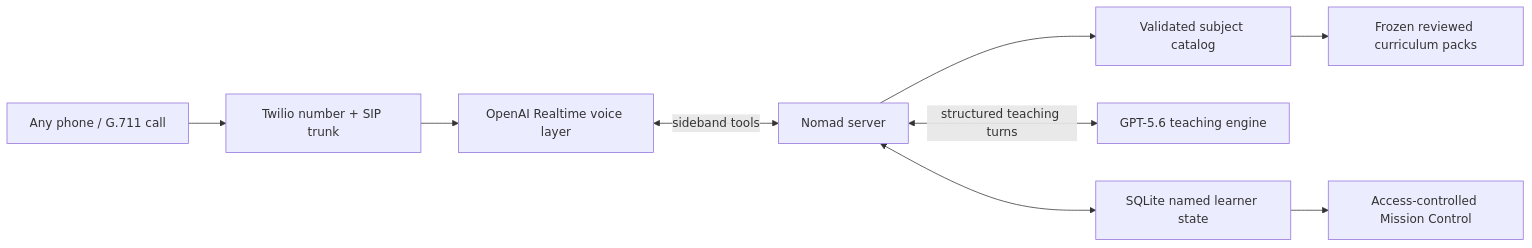
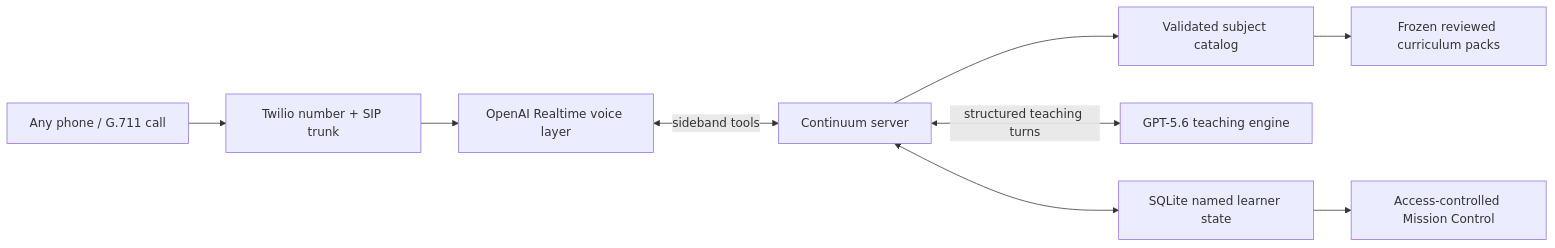
The diagram in README.md (Tanya-Khanna/continuum-voice-tutor), drawn with Mermaid before and after one commit. The commit also changed other lines of this file and 23 other files, not shown here.

````diff
--- a/README.md
+++ b/README.md
@@ -9,11 +11,11 @@
 ```mermaid
 flowchart LR
     Caller["Any phone / G.711 call"] --> Twilio["Twilio number + SIP trunk"]
     Twilio --> Realtime["OpenAI Realtime voice layer"]
-    Realtime <-->|"sideband tools"| Server["Nomad server"]
+    Realtime <-->|"sideband tools"| Server["Continuum server"]
     Server --> Catalog["Validated subject catalog"]
     Catalog --> Packs["Frozen reviewed curriculum packs"]
     Server <-->|"structured teaching turns"| GPT["GPT-5.6 teaching engine"]
     Server <--> State["SQLite named learner state"]
     State --> Dashboard["Access-controlled Mission Control"]
 ```
````
